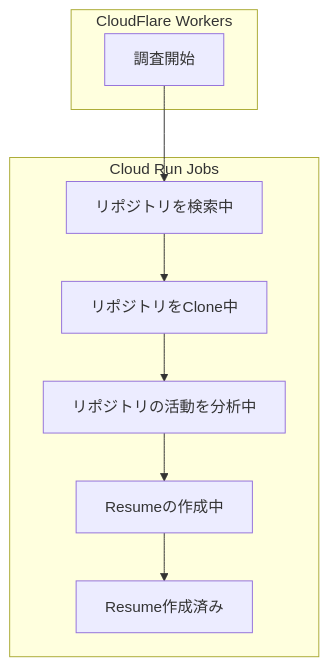
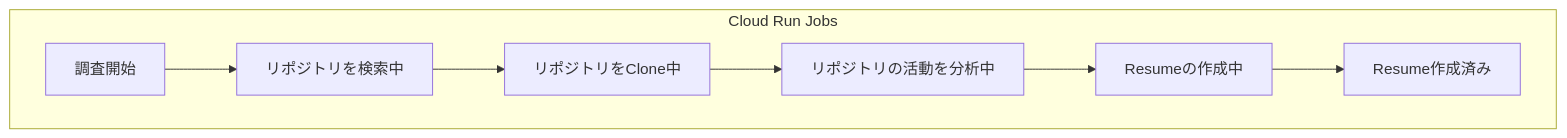
Before and after one commit to ToyB0x/git-resume: the first of 2 diagrams in docs/epic/3.job/ARCHITECTURE.md, drawn with Mermaid. The commit also changed other lines of this file, not shown here.

Commit message:
feat: update architecture documentation to clarify Cloud Run jobs and processing pipeline

````diff
--- a/docs/epic/3.job/ARCHITECTURE.md
+++ b/docs/epic/3.job/ARCHITECTURE.md
@@ -37,20 +37,17 @@
 ```mermaid
 graph TD
     A[調査開始] --> B[リポジトリを検索中]
     B --> C[リポジトリをClone中]
     C --> D[リポジトリの活動を分析中]
     D --> E[Resumeの作成中]
     E --> F[Resume作成済み]
     
-    subgraph "CloudFlare Workers"
+    subgraph "Cloud Run Jobs"
     A
-    end
-    
-    subgraph "Cloud Run Jobs"
     B
     C
     D
     E
     F
     end
 ```
````
